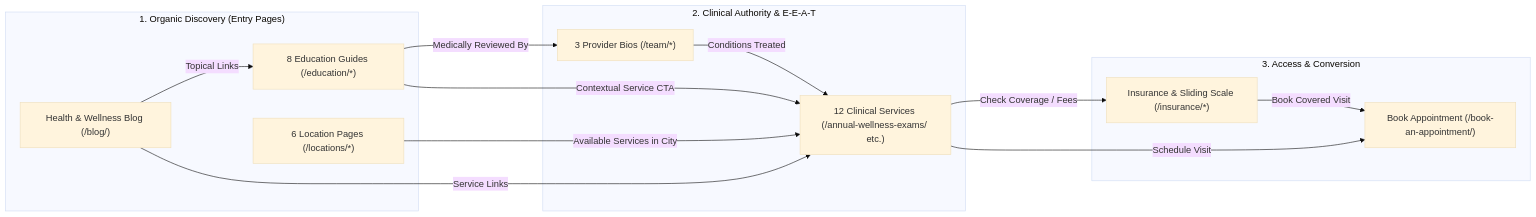
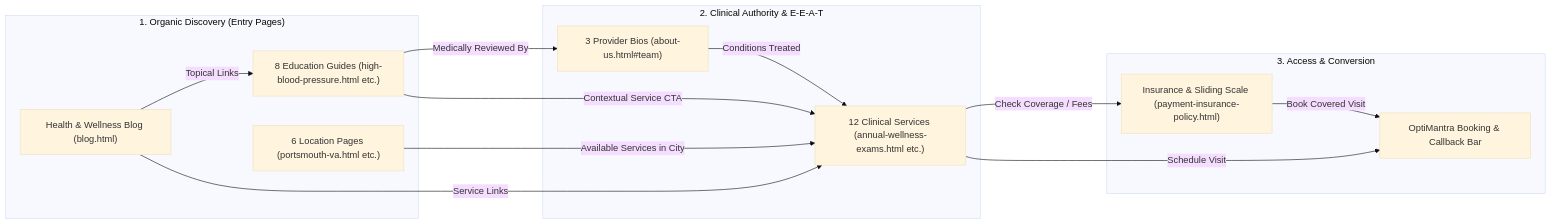
The second of 2 diagrams in SITE-STRUCTURE.md (junrillhive/htrpc), drawn with Mermaid (base theme) before and after one commit. The commit also changed other lines of this file, not shown here.

Commit message:
Update SITE-STRUCTURE.md to reflect all 34 built HTML pages and live architecture

````diff
--- a/SITE-STRUCTURE.md
+++ b/SITE-STRUCTURE.md
@@ -57,28 +56,28 @@
 ```mermaid
 flowchart LR
   subgraph Step1["1. Organic Discovery (Entry Pages)"]
-    Edu["8 Education Guides (/education/*)"]
-    Blog["Health & Wellness Blog (/blog/)"]
-    Loc["6 Location Pages (/locations/*)"]
+    Edu["8 Education Guides (high-blood-pressure.html etc.)"]
+    Blog["Health & Wellness Blog (blog.html)"]
+    Loc["6 Location Pages (portsmouth-va.html etc.)"]
   end
 
   subgraph Step2["2. Clinical Authority & E-E-A-T"]
-    Bio["3 Provider Bios (/team/*)"]
-    Svc["12 Clinical Services (/annual-wellness-exams/ etc.)"]
+    Bio["3 Provider Bios (about-us.html#team)"]
+    Svc["12 Clinical Services (annual-wellness-exams.html etc.)"]
   end
 
   subgraph Step3["3. Access & Conversion"]
-    Ins["Insurance & Sliding Scale (/insurance/*)"]
-    Book["Book Appointment (/book-an-appointment/)"]
+    Ins["Insurance & Sliding Scale (payment-insurance-policy.html)"]
+    Book["OptiMantra Booking & Callback Bar"]
   end
 
   Edu -->|"Medically Reviewed By"| Bio
   Edu -->|"Contextual Service CTA"| Svc
   Blog -->|"Topical Links"| Edu
   Blog -->|"Service Links"| Svc
   Loc -->|"Available Services in City"| Svc
   Bio -->|"Conditions Treated"| Svc
   Svc -->|"Check Coverage / Fees"| Ins
   Svc -->|"Schedule Visit"| Book
   Ins -->|"Book Covered Visit"| Book
 ```
````
